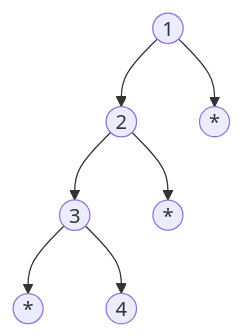
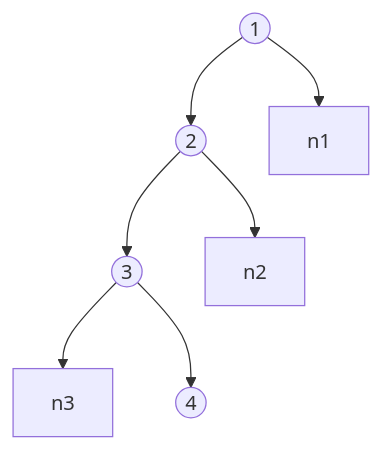
One commit to Daniel-Wei/Algo_DS_Notes changed the first of 2 diagrams in 数据结构/Tree/AVL/BST/Readme.md. Above: the diagram before and after it, drawn with Mermaid. The commit also changed other lines of this file, not shown here.

````diff
--- a/数据结构/Tree/AVL/BST/Readme.md
+++ b/数据结构/Tree/AVL/BST/Readme.md
@@ -6,19 +6,16 @@
 ```mermaid 
 graph TB;
 
 1((1))
-n1((*))
 2((2))
-n2((*))
 3((3))
-n3((*))
 4((4))
 
 1-->n1
 1-->2
 2-->n2
 2-->3
 3-->n3
 3-->4
 
 ```
````
